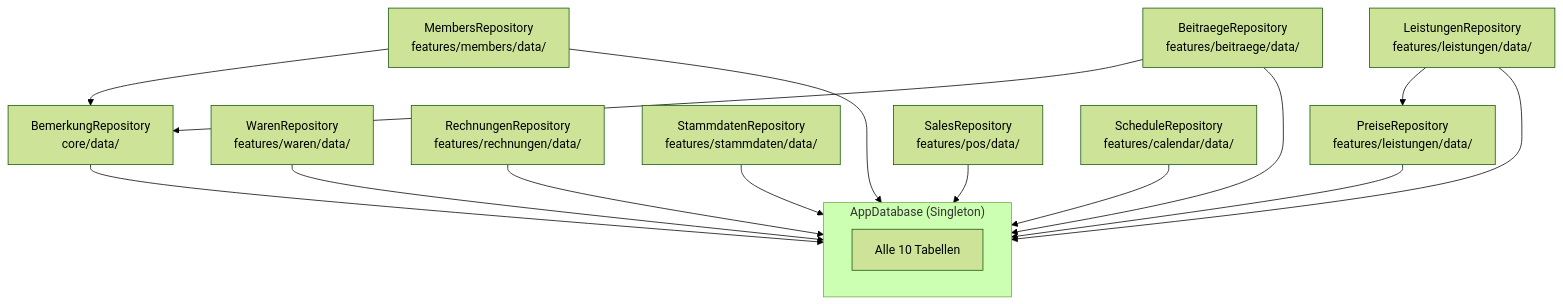
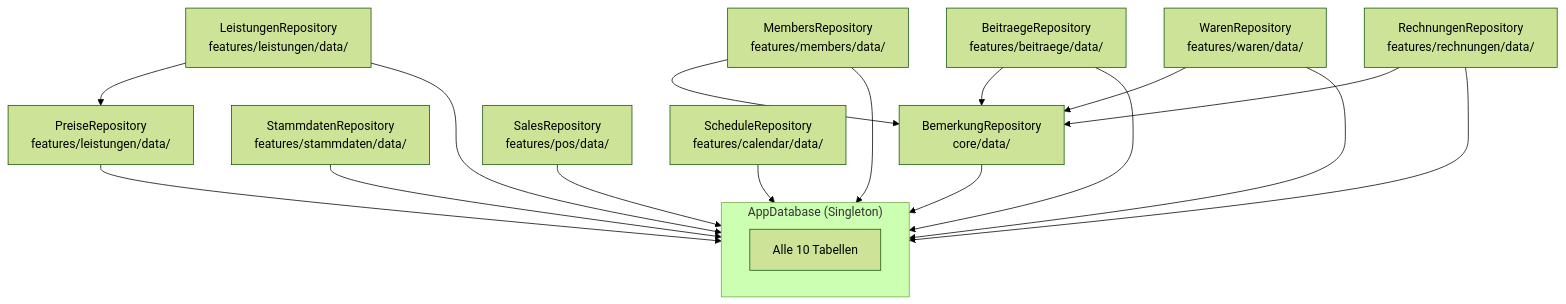
Before and after one commit to von-Platen-IT/clupdata: the sixth of 6 diagrams in plans/architektur-analyse.md, drawn with Mermaid (forest theme). The commit also changed other lines of this file and 15 other files, not shown here.

````diff
--- a/plans/architektur-analyse.md
+++ b/plans/architektur-analyse.md
@@ -524,32 +537,34 @@
 ```mermaid
 flowchart TD
     MembersRepo["MembersRepository<br/>features/members/data/"]
     BeitraegeRepo["BeitraegeRepository<br/>features/beitraege/data/"]
     LeistungenRepo["LeistungenRepository<br/>features/leistungen/data/"]
     PreiseRepo["PreiseRepository<br/>features/leistungen/data/"]
     WarenRepo["WarenRepository<br/>features/waren/data/"]
     RechnungenRepo["RechnungenRepository<br/>features/rechnungen/data/"]
     StammdatenRepo["StammdatenRepository<br/>features/stammdaten/data/"]
     BemerkungRepo["BemerkungRepository<br/>core/data/"]
     SalesRepo["SalesRepository<br/>features/pos/data/"]
     ScheduleRepo["ScheduleRepository<br/>features/calendar/data/"]
 
     BeitraegeRepo --> BemerkungRepo
     MembersRepo --> BemerkungRepo
+    WarenRepo --> BemerkungRepo
+    RechnungenRepo --> BemerkungRepo
     LeistungenRepo --> PreiseRepo
 
     subgraph DB["AppDatabase (Singleton)"]
         AllTables["Alle 10 Tabellen"]
     end
 
     MembersRepo --> DB
     BeitraegeRepo --> DB
     LeistungenRepo --> DB
     PreiseRepo --> DB
     WarenRepo --> DB
     RechnungenRepo --> DB
     StammdatenRepo --> DB
     SalesRepo --> DB
     ScheduleRepo --> DB
     BemerkungRepo --> DB
 ```
````
